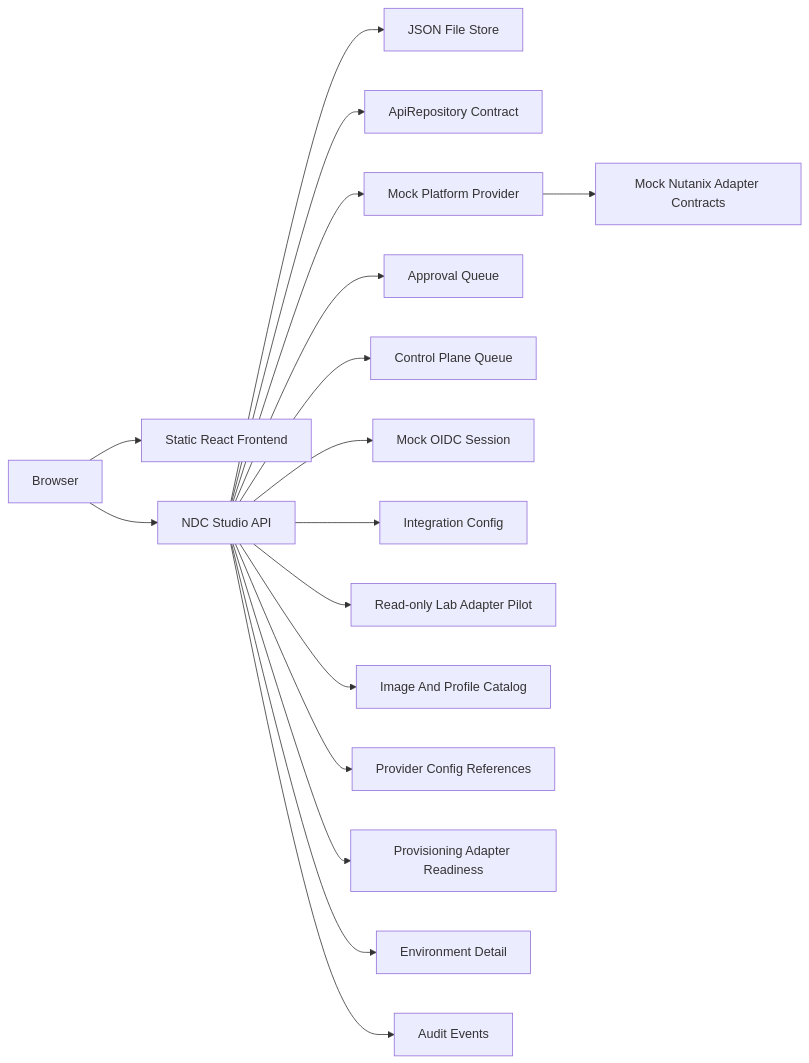
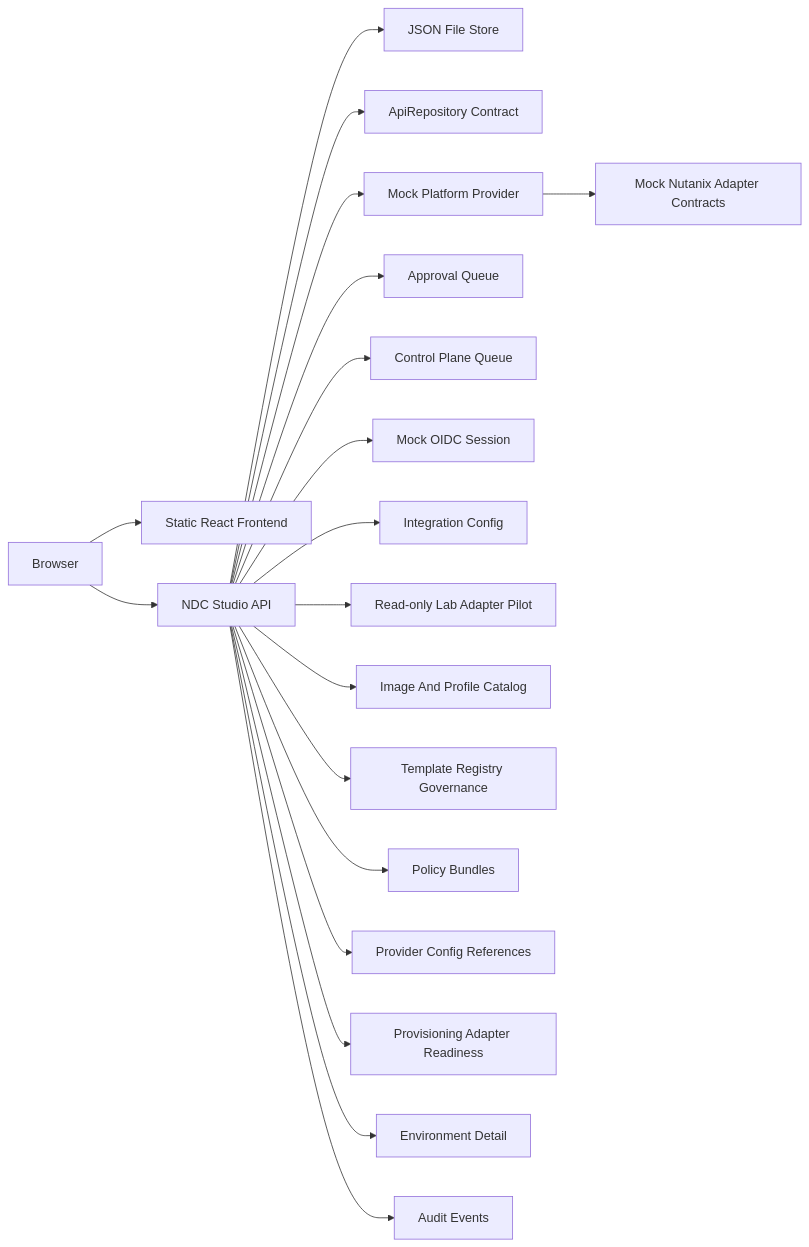
One commit to VirtuArchitect/nutanix-developer-cloud-studio changed the second of 2 diagrams in docs/architecture.md. Above: the diagram before and after it, drawn with Mermaid. The commit also changed other lines of this file and 20 other files, not shown here.

Commit message:
Add v0.7 registry governance

````diff
--- a/docs/architecture.md
+++ b/docs/architecture.md
@@ -21,19 +21,21 @@
 ```mermaid
 flowchart LR
     Browser["Browser"] --> Web["Static React Frontend"]
     Browser --> Api["NDC Studio API"]
     Api --> Store["JSON File Store"]
     Api --> Repo["ApiRepository Contract"]
     Api --> Provider["Mock Platform Provider"]
     Provider --> Adapters["Mock Nutanix Adapter Contracts"]
     Api --> Approvals["Approval Queue"]
     Api --> Queue["Control Plane Queue"]
     Api --> Identity["Mock OIDC Session"]
     Api --> Config["Integration Config"]
     Api --> LabAdapters["Read-only Lab Adapter Pilot"]
     Api --> Inventory["Image And Profile Catalog"]
+    Api --> Registry["Template Registry Governance"]
+    Api --> Bundles["Policy Bundles"]
     Api --> ProviderConfig["Provider Config References"]
     Api --> AdapterReadiness["Provisioning Adapter Readiness"]
     Api --> Details["Environment Detail"]
     Api --> Audit["Audit Events"]
 ```
````
